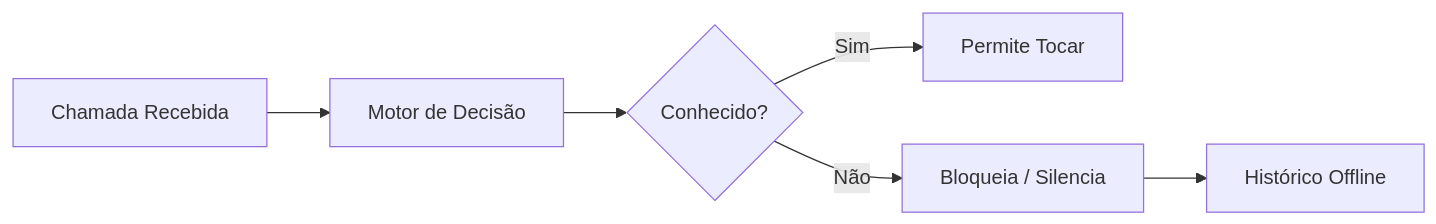
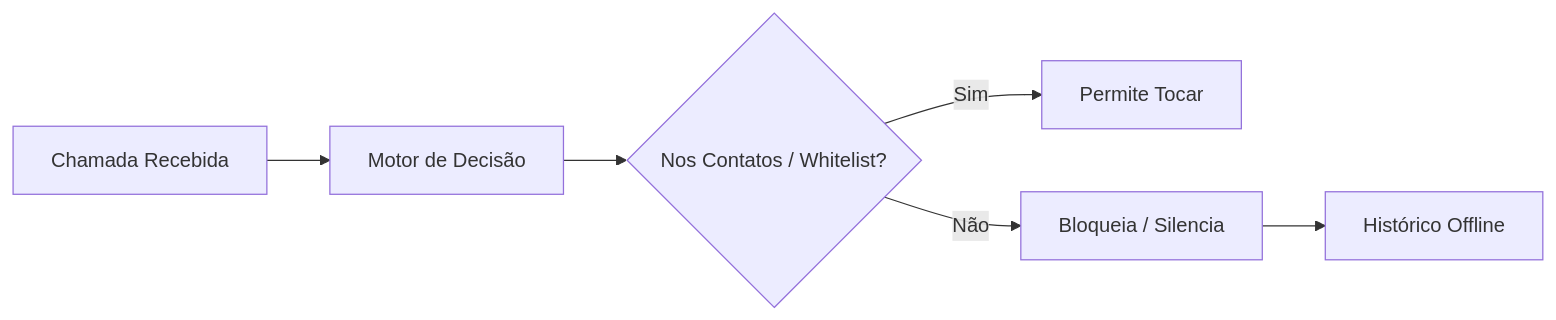
One commit to ricardosierra/sentinela changed the diagram in README.md. Above: the diagram before and after it, drawn with Mermaid. The commit also changed other lines of this file and 145 other files, not shown here.

````diff
--- a/README.md
+++ b/README.md
@@ -44,8 +44,8 @@
 ```mermaid
 graph LR
     A[Chamada Recebida] --> B[Motor de Decisão]
-    B --> C{Conhecido?}
+    B --> C{Nos Contatos / Whitelist?}
     C -->|Sim| D[Permite Tocar]
     C -->|Não| E[Bloqueia / Silencia]
     E --> F[Histórico Offline]
 ```
````
